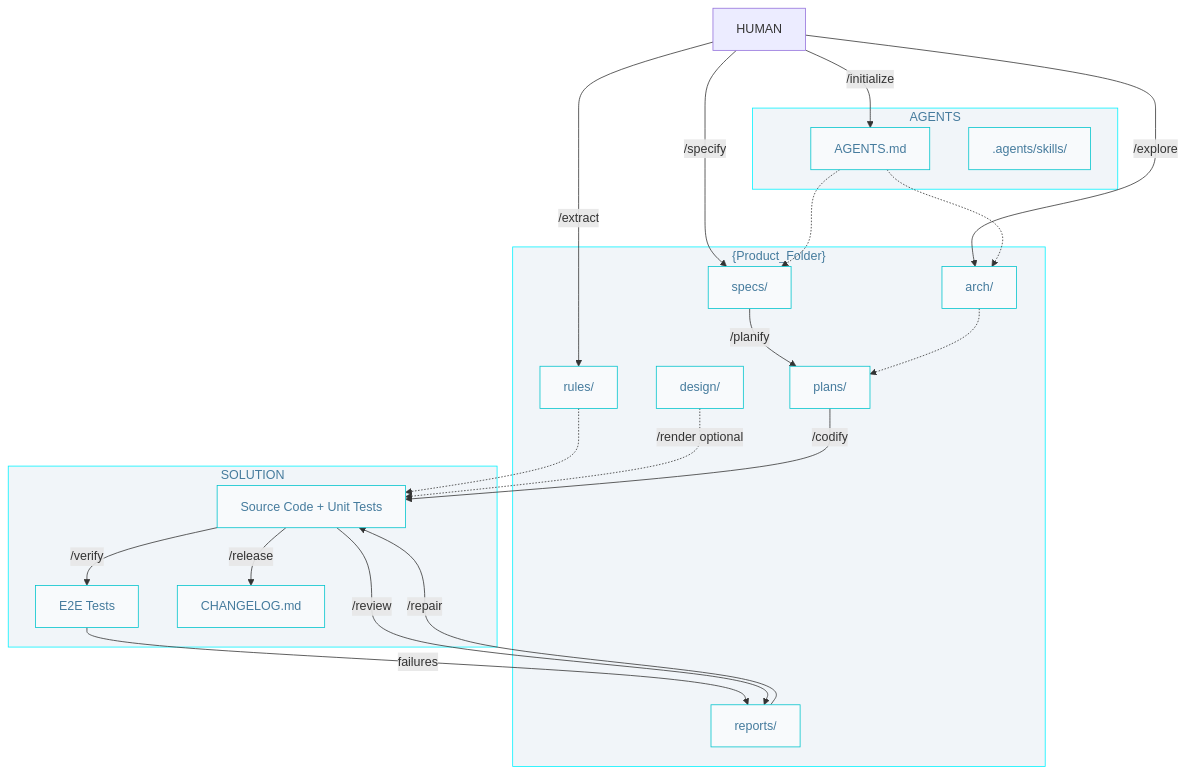
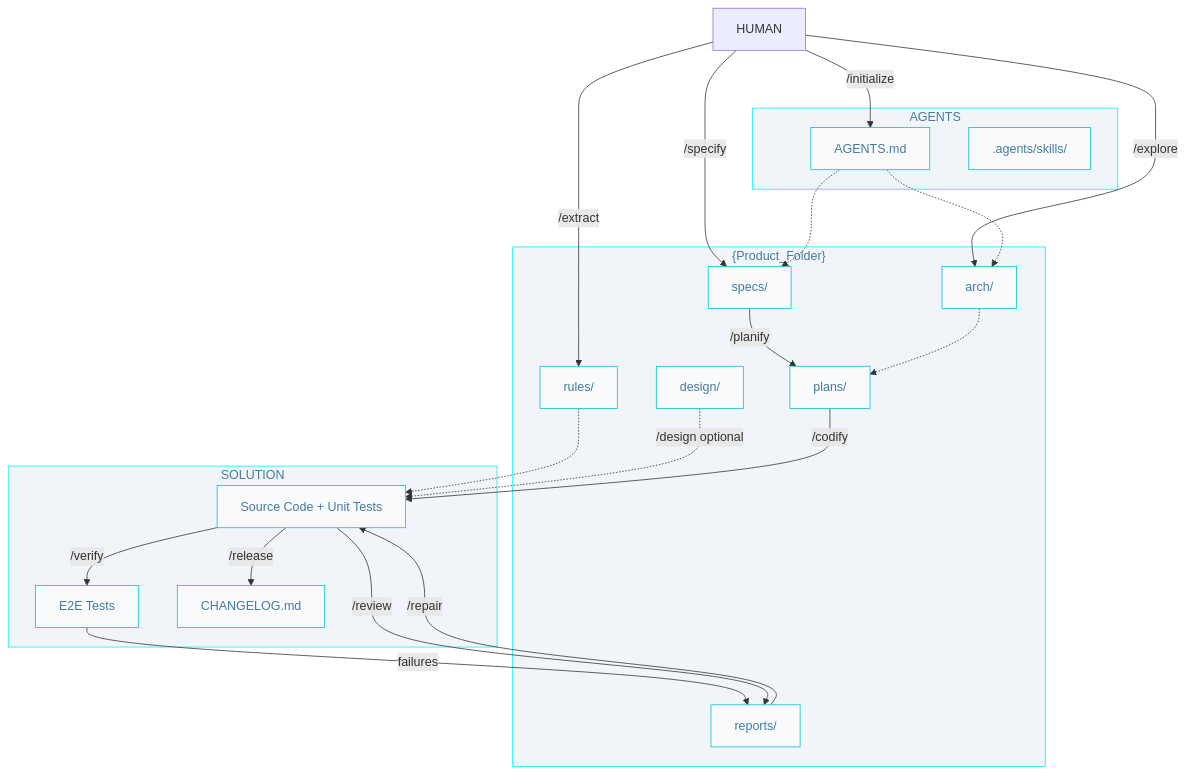
One commit to AIDDbot/AIDDbot changed the diagram in docs/AIDD.workflow.md. Above: the diagram before and after it, drawn with Mermaid. The commit also changed other lines of this file and 8 other files, not shown here.

Commit message:
feat: rename render back to design

````diff
--- a/docs/AIDD.workflow.md
+++ b/docs/AIDD.workflow.md
@@ -3,47 +3,47 @@
 ```mermaid
 flowchart TD
   classDef nd fill:#f8fafc,stroke:#00c4cc,color:#457b9d
   classDef sg fill:#f1f5f9,stroke:#00f2ff,color:#457b9d 
 
   HUM[HUMAN]
 
   subgraph P["{Product_Folder}"]
       SPC["specs/"]:::nd
       PLN["plans/"]:::nd
       RPT["reports/"]:::nd
       ARC["arch/"]:::nd
       RUL["rules/"]:::nd
       DES["design/"]:::nd
   end
 
   subgraph A["AGENTS"]
       AGT["AGENTS.md"]:::nd
       SKL[".agents/skills/"]:::nd
   end  
 
   subgraph S["SOLUTION"]
       COD["Source Code + Unit Tests"]:::nd
       E2E["E2E Tests"]:::nd
       CHL["CHANGELOG.md"]:::nd
   end
 
   HUM -->|/initialize| AGT
   HUM -->|/explore| ARC
   HUM -->|/extract| RUL
   HUM -->|/specify| SPC
   AGT -.-> SPC  
   AGT -.-> ARC
   RUL -.-> COD  
   SPC -->|/planify| PLN
   ARC -.-> PLN
-  DES -.->|/render optional| COD
+  DES -.->|/design optional| COD
 
   PLN -->|/codify| COD
   COD -->|/verify| E2E
   E2E -->|failures| RPT
   COD -->|/review| RPT
   RPT -->|/repair| COD
   COD -->|/release| CHL
 
   class P,A,S sg
 ```
````
